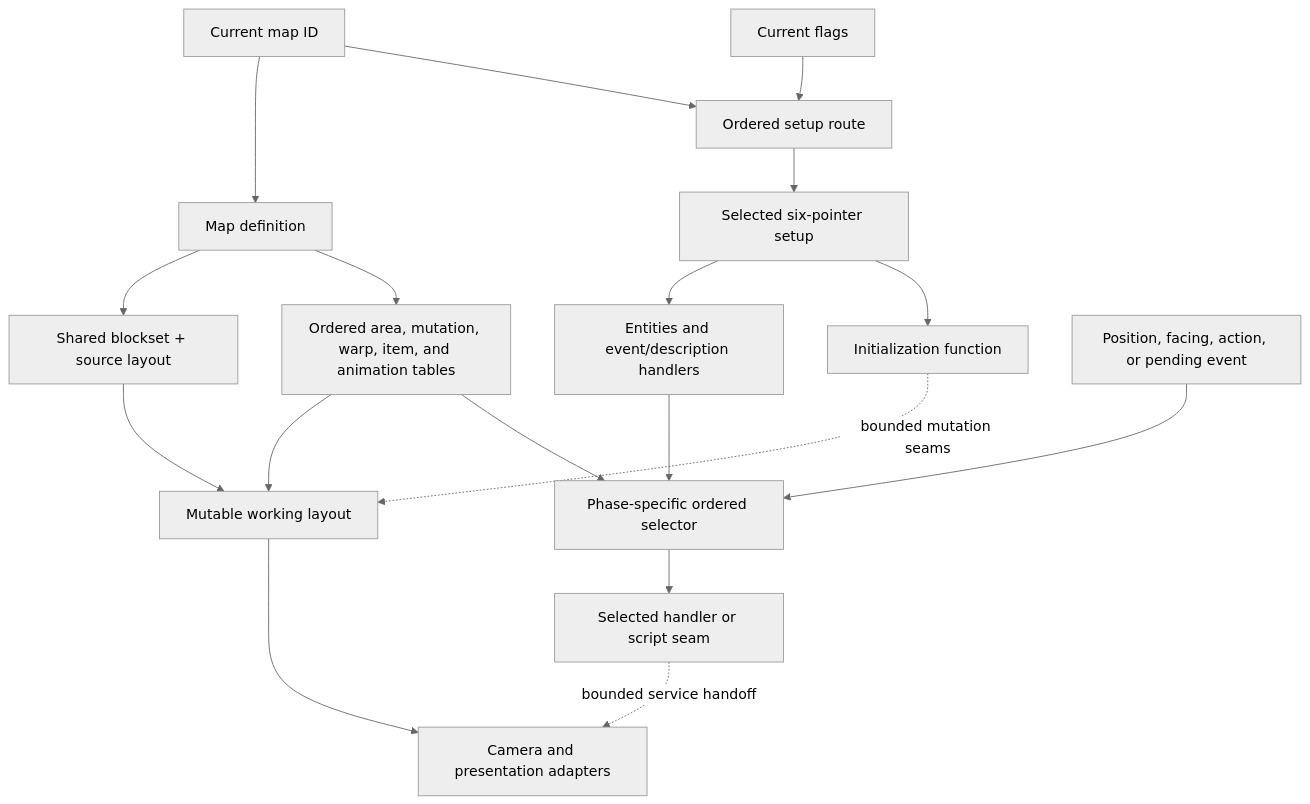
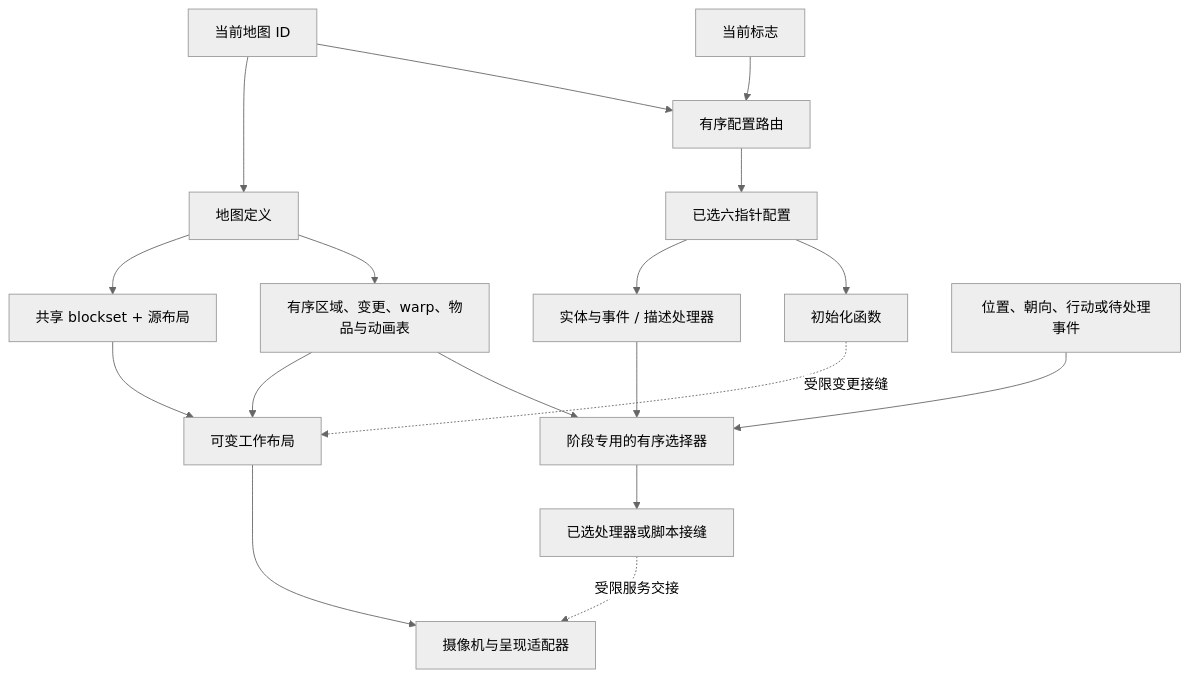
Before and after one commit to FrankHZ/md-sf2-reverse-engineering: the diagram in docs/design/zh-CN/map-design-principles.md, drawn with Mermaid (neutral theme). The commit also changed other lines of this file and 15 other files, not shown here.

````diff
--- a/docs/design/zh-CN/map-design-principles.md
+++ b/docs/design/zh-CN/map-design-principles.md
@@ -55,20 +55,20 @@
 ```mermaid
 flowchart TD
-    ID["Current map ID"] --> DEF["Map definition"]
-    DEF --> IMM["Shared blockset + source layout"]
-    DEF --> TABLES["Ordered area, mutation, warp, item, and animation tables"]
-    ID --> ROUTE["Ordered setup route"]
-    FLAGS["Current flags"] --> ROUTE
-    ROUTE --> SETUP["Selected six-pointer setup"]
-    SETUP --> ENT["Entities and event/description handlers"]
-    SETUP --> INIT["Initialization function"]
-    IMM --> WORK["Mutable working layout"]
+    ID["当前地图 ID"] --> DEF["地图定义"]
+    DEF --> IMM["共享 blockset + 源布局"]
+    DEF --> TABLES["有序区域、变更、warp、物品与动画表"]
+    ID --> ROUTE["有序配置路由"]
+    FLAGS["当前标志"] --> ROUTE
+    ROUTE --> SETUP["已选六指针配置"]
+    SETUP --> ENT["实体与事件 / 描述处理器"]
+    SETUP --> INIT["初始化函数"]
+    IMM --> WORK["可变工作布局"]
     TABLES --> WORK
-    INIT -. "bounded mutation seams" .-> WORK
-    INPUT["Position, facing, action, or pending event"] --> SELECT["Phase-specific ordered selector"]
+    INIT -. "受限变更接缝" .-> WORK
+    INPUT["位置、朝向、行动或待处理事件"] --> SELECT["阶段专用的有序选择器"]
     TABLES --> SELECT
     ENT --> SELECT
-    SELECT --> SCRIPT["Selected handler or script seam"]
-    WORK --> PRESENT["Camera and presentation adapters"]
-    SCRIPT -. "bounded service handoff" .-> PRESENT
+    SELECT --> SCRIPT["已选处理器或脚本接缝"]
+    WORK --> PRESENT["摄像机与呈现适配器"]
+    SCRIPT -. "受限服务交接" .-> PRESENT
 ```
````
